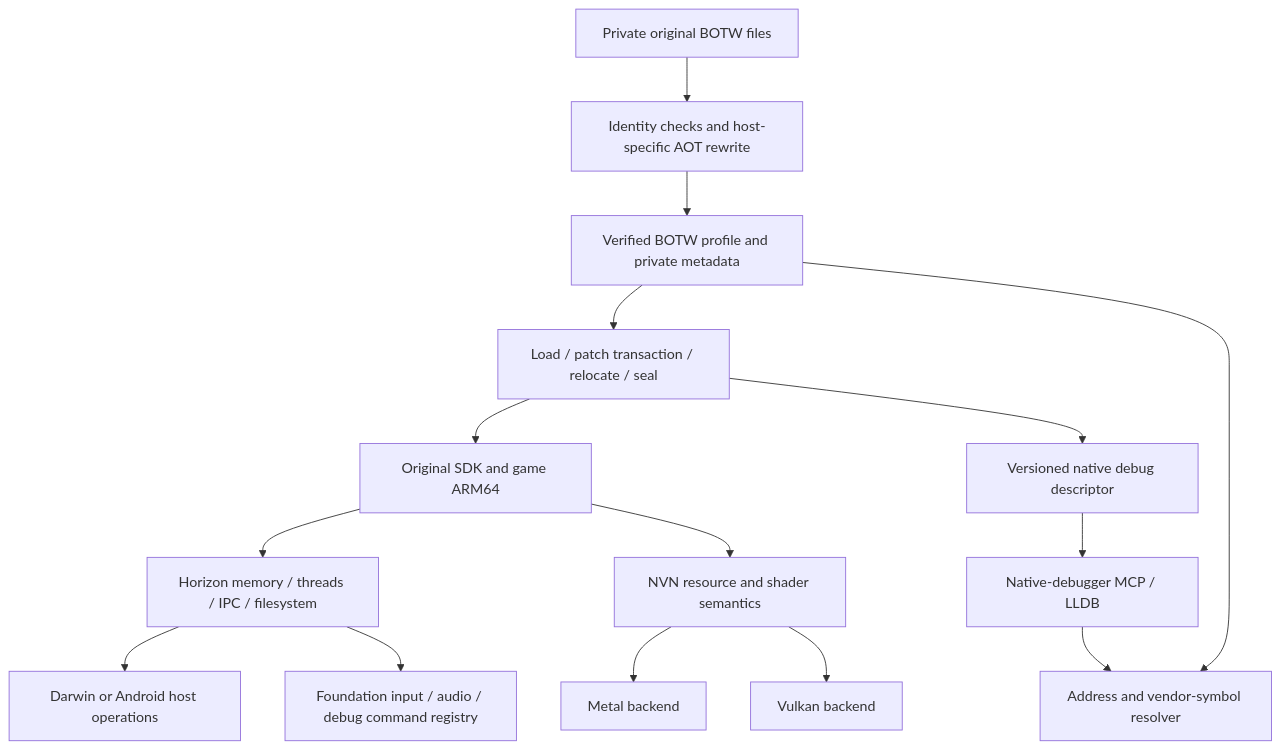
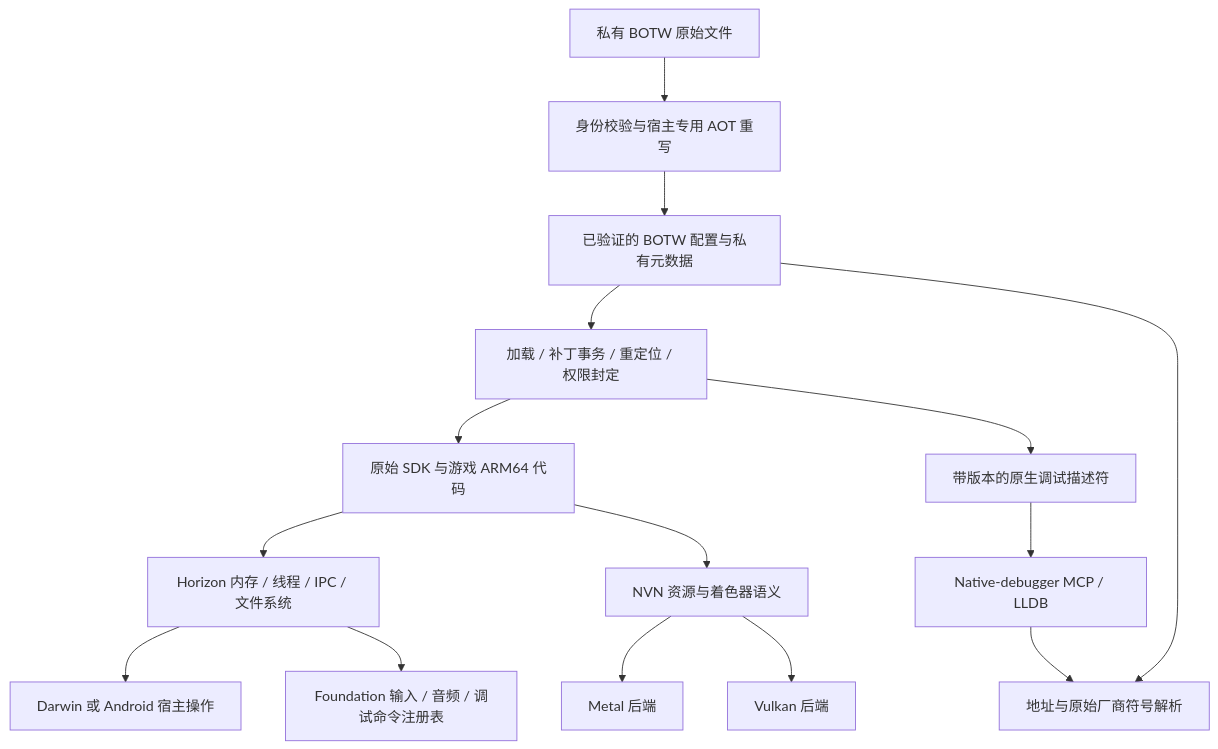
The diagram in porting/README.md (tencentmalos/MacNativeGames), drawn with Mermaid before and after one commit. The commit also changed other lines of this file and 4 other files, not shown here.

````diff
--- a/porting/README.md
+++ b/porting/README.md
@@ -38,17 +26,17 @@
 ```mermaid
 flowchart TD
-  Input[Private original BOTW files] --> Prepare[Identity checks and host-specific AOT rewrite]
-  Prepare --> Profile[Verified BOTW profile and private metadata]
-  Profile --> Loader[Load / patch transaction / relocate / seal]
-  Loader --> Guest[Original SDK and game ARM64]
-  Guest --> Horizon[Horizon memory / threads / IPC / filesystem]
-  Guest --> NVN[NVN resource and shader semantics]
-  Horizon --> Host[Darwin or Android host operations]
-  Horizon --> Foundation[Foundation input / audio / debug command registry]
-  NVN --> Metal[Metal backend]
-  NVN --> Vulkan[Vulkan backend]
-  Loader --> Registry[Versioned native debug descriptor]
+  Input[私有 BOTW 原始文件] --> Prepare[身份校验与宿主专用 AOT 重写]
+  Prepare --> Profile[已验证的 BOTW 配置与私有元数据]
+  Profile --> Loader[加载 / 补丁事务 / 重定位 / 权限封定]
+  Loader --> Guest[原始 SDK 与游戏 ARM64 代码]
+  Guest --> Horizon[Horizon 内存 / 线程 / IPC / 文件系统]
+  Guest --> NVN[NVN 资源与着色器语义]
+  Horizon --> Host[Darwin 或 Android 宿主操作]
+  Horizon --> Foundation[Foundation 输入 / 音频 / 调试命令注册表]
+  NVN --> Metal[Metal 后端]
+  NVN --> Vulkan[Vulkan 后端]
+  Loader --> Registry[带版本的原生调试描述符]
   Registry --> LLDB[Native-debugger MCP / LLDB]
-  Profile --> Resolver[Address and vendor-symbol resolver]
+  Profile --> Resolver[地址与原始厂商符号解析]
   LLDB --> Resolver
 ```
````
